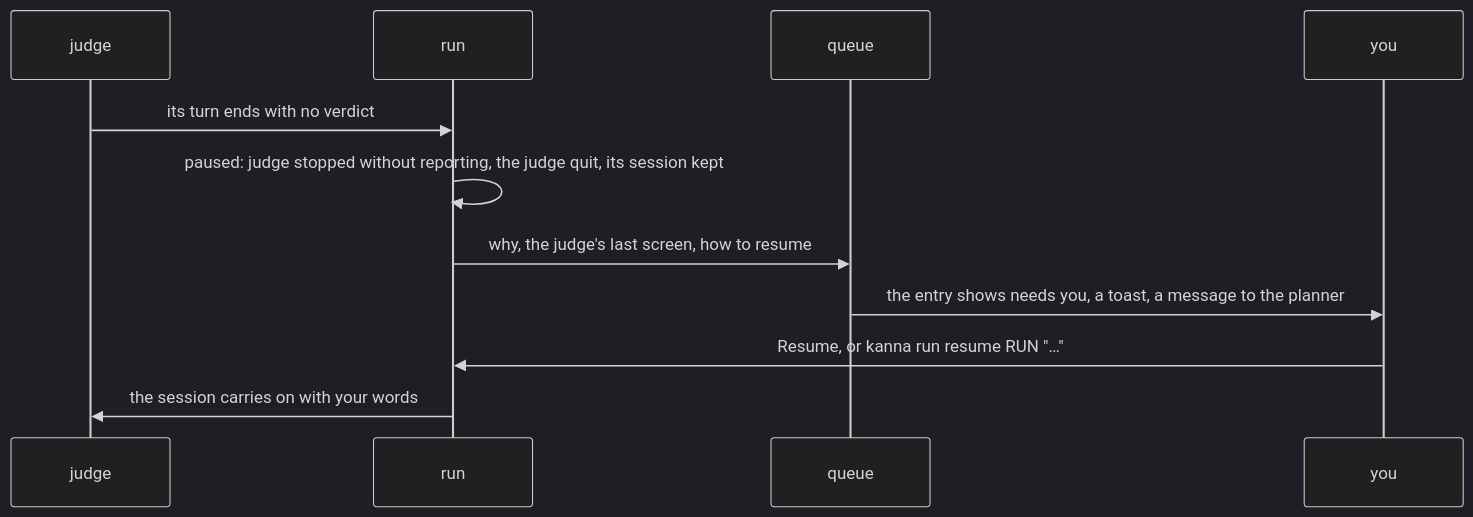
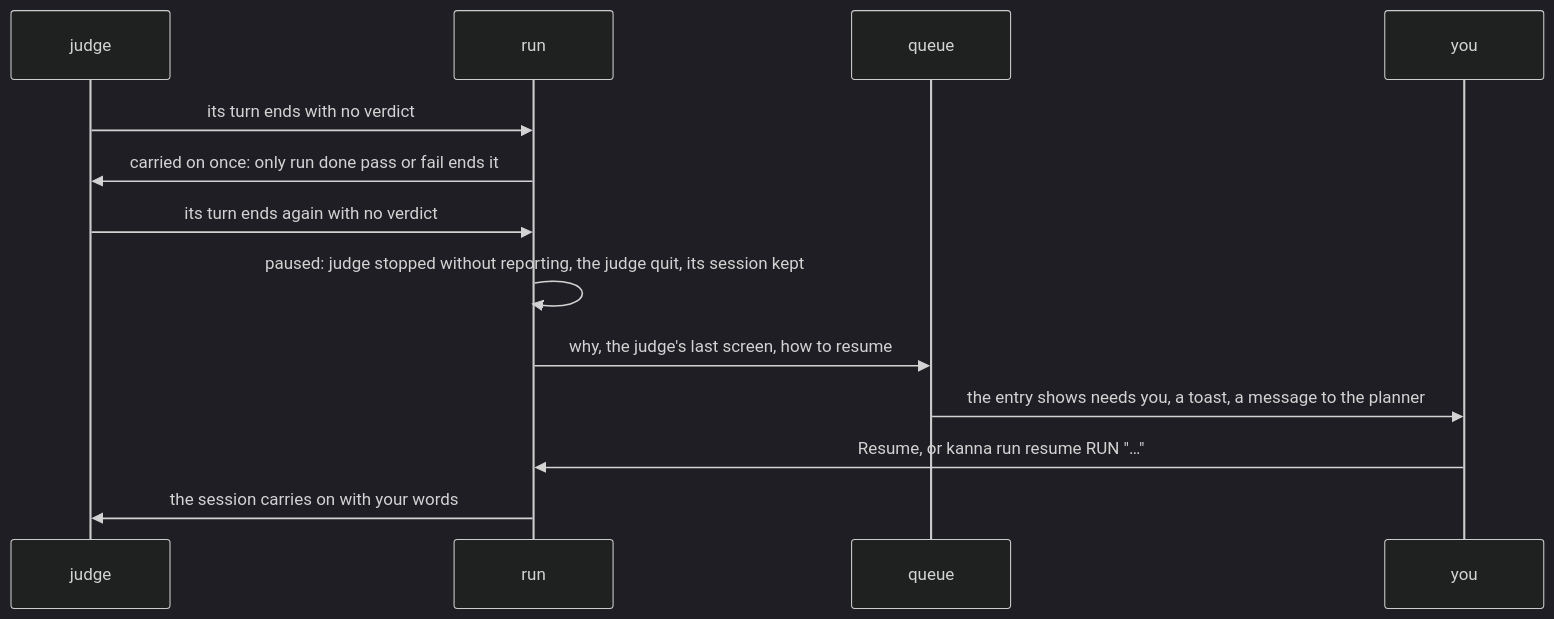
The fifth of 5 diagrams in docs/specs/merge-queue.md (tampopogk/kanna), drawn with Mermaid (dark theme) before and after one commit. The commit also changed other lines of this file and 3 other files, not shown here.

Commit message:
Merge queue: only kanna run done ends a judgement; a judge whose turn ends with no verdict is carried on once to report before the entry needs you

````diff
--- a/docs/specs/merge-queue.md
+++ b/docs/specs/merge-queue.md
@@ -168,13 +170,15 @@
 ```mermaid
 sequenceDiagram
     participant J as judge
     participant R as run
     participant Q as queue
     participant U as you
     J->>R: its turn ends with no verdict
+    R->>J: carried on once: only run done pass or fail ends it
+    J->>R: its turn ends again with no verdict
     R->>R: paused: judge stopped without reporting, the judge quit, its session kept
     R->>Q: why, the judge's last screen, how to resume
     Q->>U: the entry shows needs you, a toast, a message to the planner
     U->>R: Resume, or kanna run resume RUN "…"
     R->>J: the session carries on with your words
 ```
````
